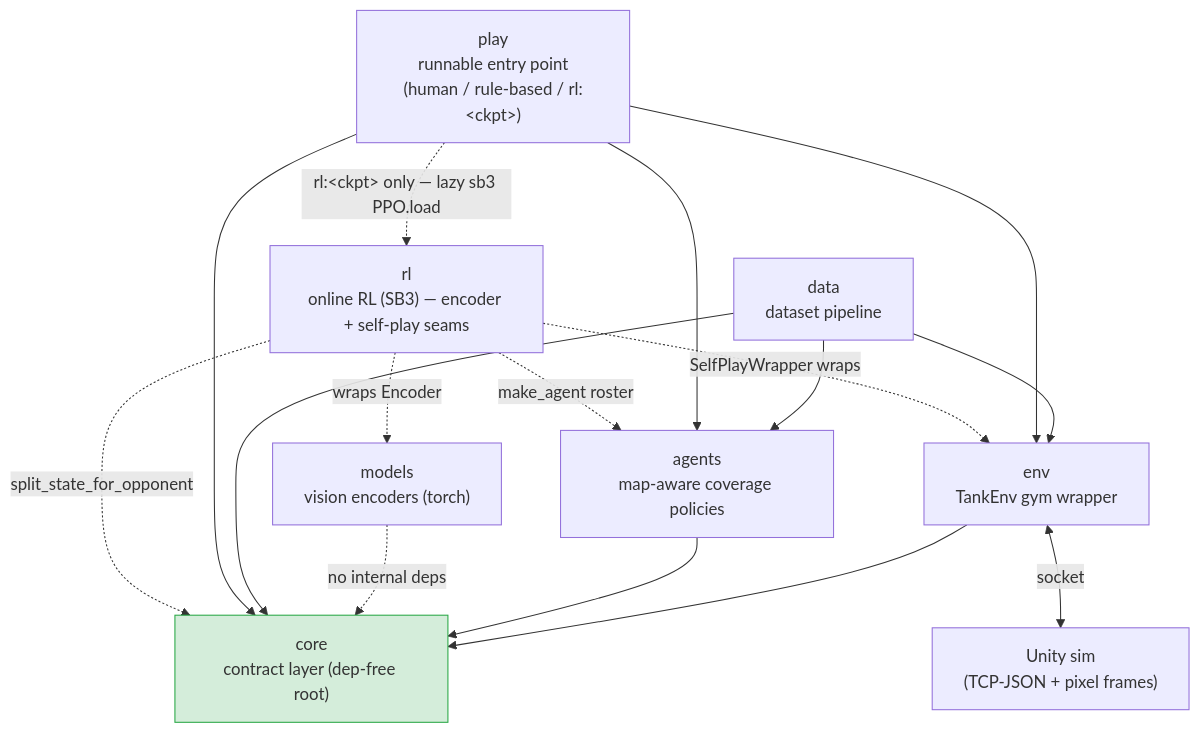
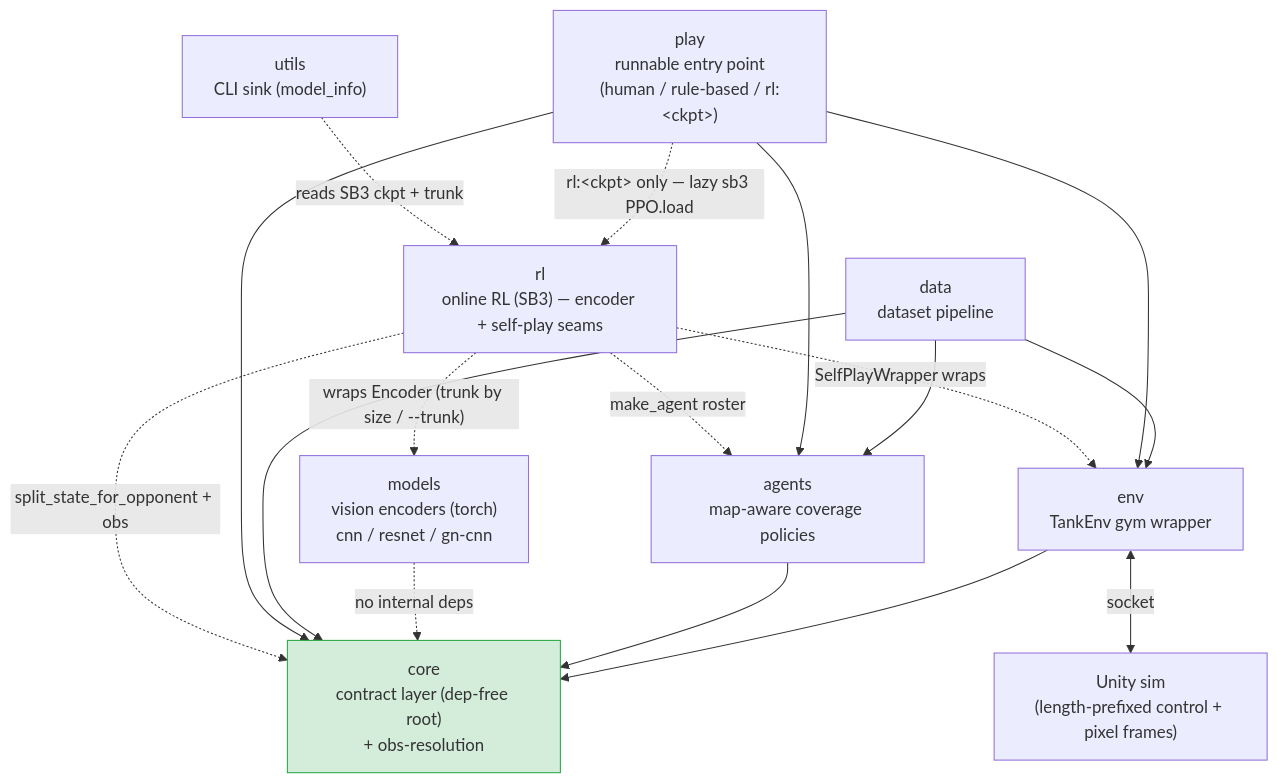
Before and after one commit to urciuolim/TankTwinStickShooter: the diagram in docs/README.md, drawn with Mermaid. The commit also changed other lines of this file and 10 other files, not shown here.

First line of the commit message:
docs: update ./docs/ for the session's batch (obs pipeline, gn-cnn encoder, utils, params, transport handshake)

````diff
--- a/docs/README.md
+++ b/docs/README.md
@@ -24,30 +27,32 @@
 ```mermaid
 graph TD
-    core["core<br/>contract layer (dep-free root)"]
-    models["models<br/>vision encoders (torch)"]
+    core["core<br/>contract layer (dep-free root)<br/>+ obs-resolution"]
+    models["models<br/>vision encoders (torch)<br/>cnn / resnet / gn-cnn"]
     env["env<br/>TankEnv gym wrapper"]
     agents["agents<br/>map-aware coverage policies"]
     data["data<br/>dataset pipeline"]
     play["play<br/>runnable entry point<br/>(human / rule-based / rl:&lt;ckpt&gt;)"]
     rl["rl<br/>online RL (SB3) — encoder + self-play seams"]
-    unity["Unity sim<br/>(TCP-JSON + pixel frames)"]
+    utils["utils<br/>CLI sink (model_info)"]
+    unity["Unity sim<br/>(length-prefixed control + pixel frames)"]
 
     env --> core
     agents --> core
     models -.->|no internal deps| core
     data --> core
     data --> env
     data --> agents
     play --> core
     play --> env
     play --> agents
     play -.->|"rl:&lt;ckpt&gt; only — lazy sb3 PPO.load"| rl
-    rl -.->|wraps Encoder| models
+    rl -.->|"wraps Encoder (trunk by size / --trunk)"| models
     rl -.->|SelfPlayWrapper wraps| env
     rl -.->|make_agent roster| agents
-    rl -.->|split_state_for_opponent| core
+    rl -.->|"split_state_for_opponent + obs"| core
+    utils -.->|"reads SB3 ckpt + trunk"| rl
     env <-->|socket| unity
 
     classDef root fill:#d4edda,stroke:#28a745;
     class core root;
 ```
````
